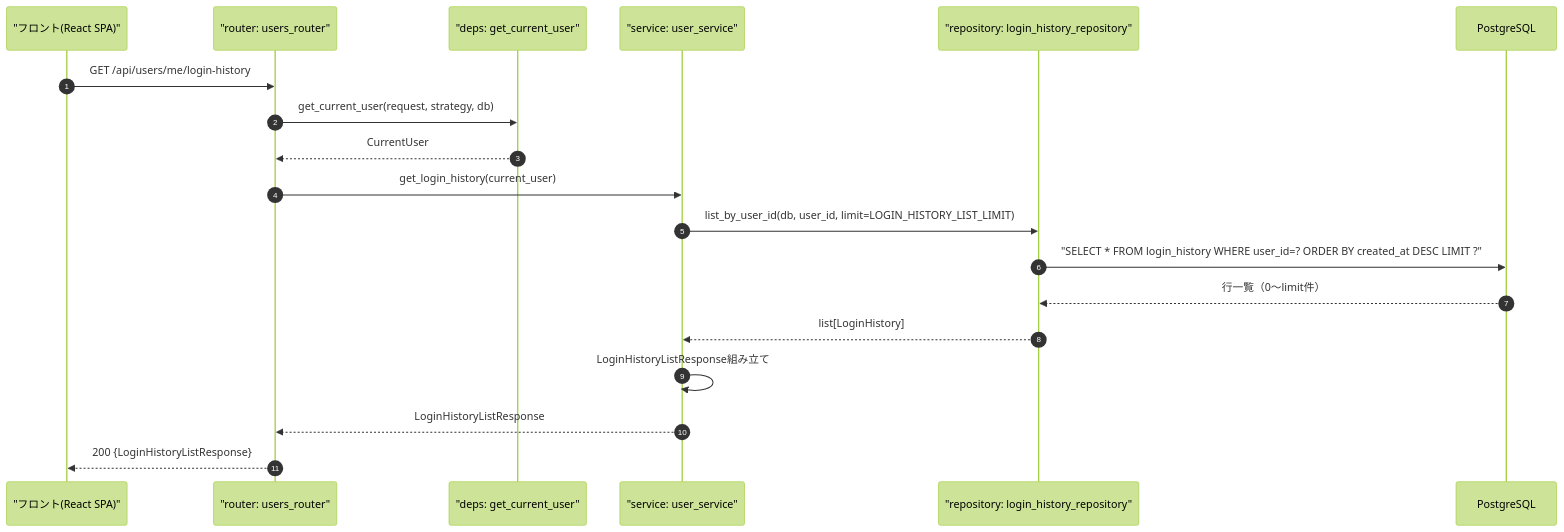
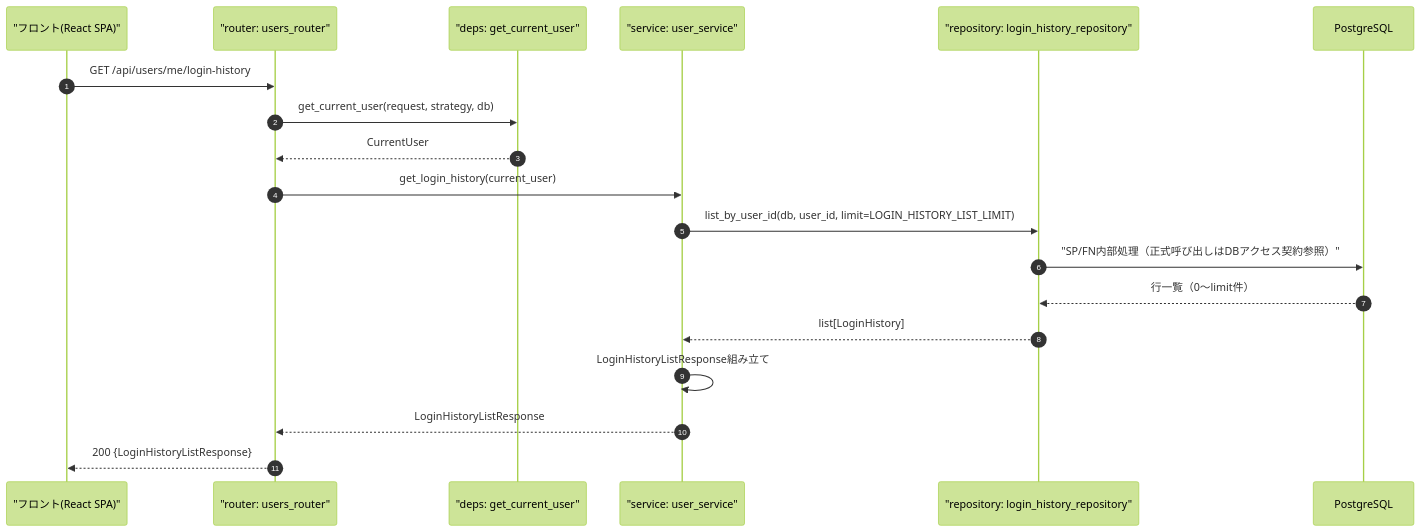
The first of 4 diagrams in detailed_design/api/users/04_get_users_me_login_history.md (oikawa-d/task_management), drawn with Mermaid (forest theme) before and after one commit. The commit also changed other lines of this file and 58 other files, not shown here.

````diff
--- a/detailed_design/api/users/04_get_users_me_login_history.md
+++ b/detailed_design/api/users/04_get_users_me_login_history.md
@@ -114,22 +114,22 @@
 ```mermaid
 sequenceDiagram
     autonumber
     participant FE as "フロント(React SPA)"
     participant R as "router: users_router"
     participant DEP as "deps: get_current_user"
     participant S as "service: user_service"
     participant LRP as "repository: login_history_repository"
     participant PG as PostgreSQL
 
     FE->>R: GET /api/users/me/login-history
     R->>DEP: get_current_user(request, strategy, db)
     DEP-->>R: CurrentUser
     R->>S: get_login_history(current_user)
     S->>LRP: list_by_user_id(db, user_id, limit=LOGIN_HISTORY_LIST_LIMIT)
-    LRP->>PG: "SELECT * FROM login_history WHERE user_id=? ORDER BY created_at DESC LIMIT ?"
+    LRP->>PG: "SP/FN内部処理（正式呼び出しはDBアクセス契約参照）"
     PG-->>LRP: 行一覧（0〜limit件）
     LRP-->>S: list[LoginHistory]
     S->>S: LoginHistoryListResponse組み立て
     S-->>R: LoginHistoryListResponse
     R-->>FE: 200 {LoginHistoryListResponse}
 ```
````
